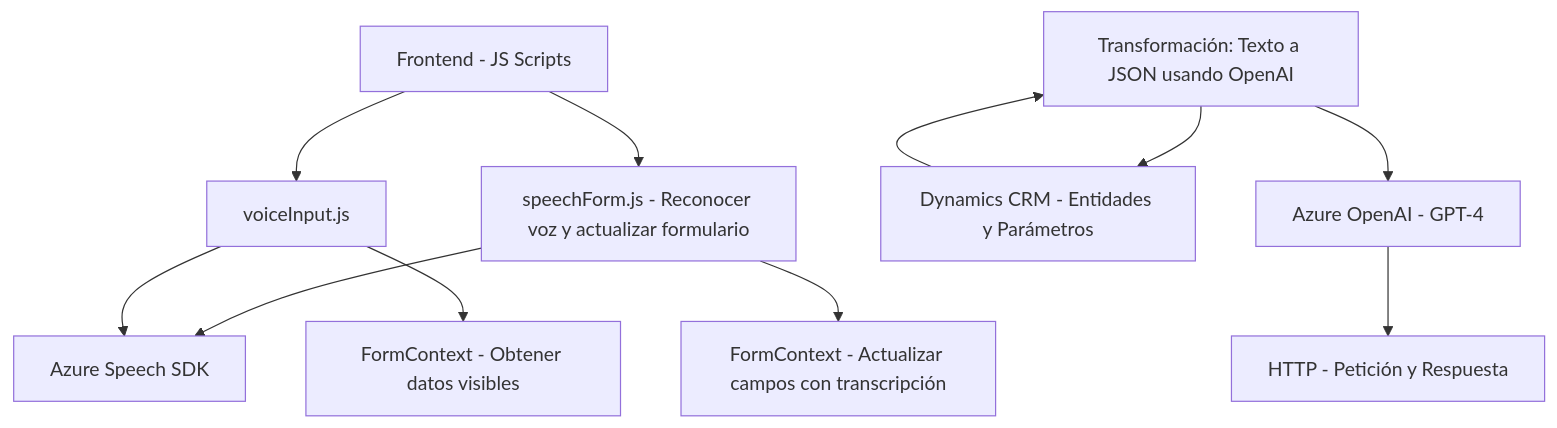
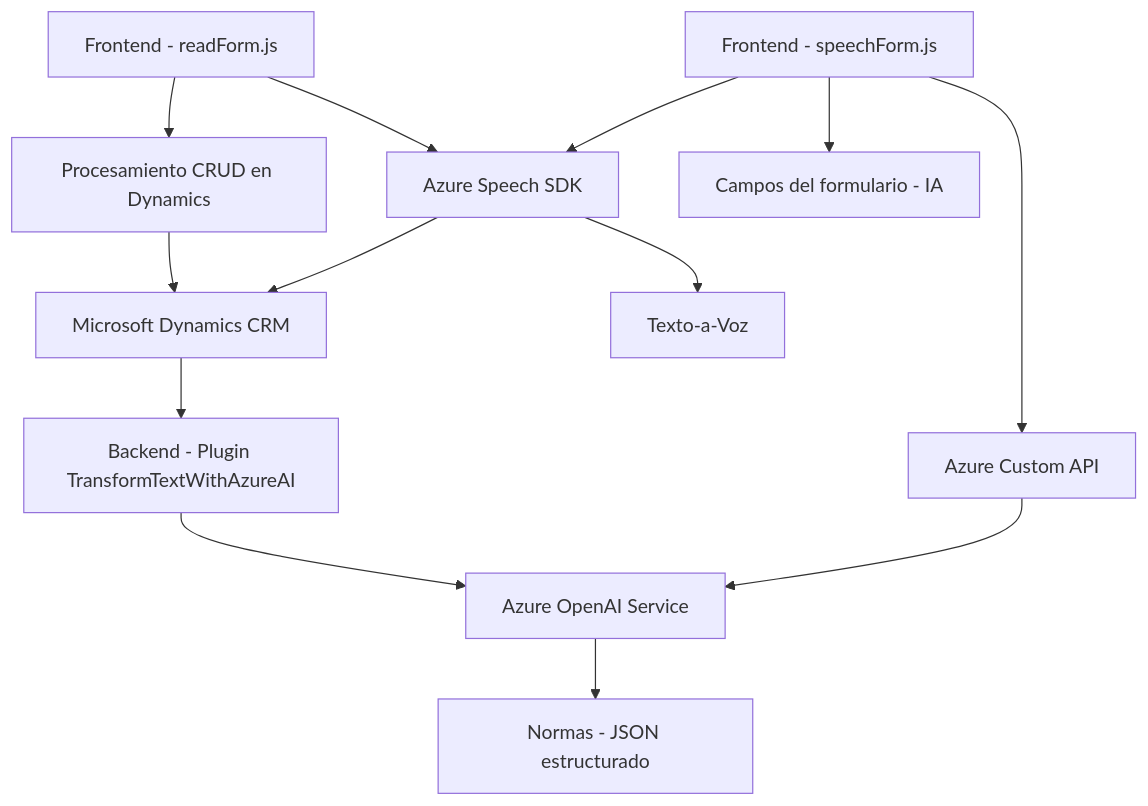
The diagram in README.md (blopezdm/NETCORE_BILBAO2025), drawn with Mermaid before and after one commit. The commit also changed other lines of this file, not shown here.

Commit message:
Actualizar análisis global de la solución con IA

````diff
--- a/README.md
+++ b/README.md
@@ -31,14 +50,19 @@
 ```mermaid
 graph TD
-    A["Frontend - JS Scripts"] --> B["voiceInput.js - Texto-a-Voz con SDK de Speech"]
-    A["Frontend - JS Scripts"] --> C["speechForm.js - Reconocer voz y actualizar formulario"]
-    C --> D["Azure Speech SDK"]
-    B --> D["Azure Speech SDK"]
-    B["voiceInput.js"] --> E["FormContext - Obtener datos visibles"]
-    C --> F["FormContext - Actualizar campos con transcripción"]
+    A[Frontend - readForm.js] --> B[Azure Speech SDK]
+    A --> C[Procesamiento CRUD en Dynamics]
+    C --> D[Microsoft Dynamics CRM]
 
-    G["Backend - Plugin TransformTextWithAzureAI"] --> H["Dynamics CRM - Entidades y Parámetros"]
-    H --> G["Transformación: Texto a JSON usando OpenAI"]
-    G --> I["Azure OpenAI - GPT-4"]
-    I --> J["HTTP - Petición y Respuesta"]
+    B --> D
+    B --> E[Texto-a-Voz]
+
+    F[Frontend - speechForm.js] --> B
+    F --> G[Azure Custom API]
+    F --> H[Campos del formulario - IA]
+
+    I["Backend - Plugin TransformTextWithAzureAI"] --> J[Azure OpenAI Service]
+    J --> K["Normas - JSON estructurado"]
+
+    D --> I
+    G --> J
 ```
````
